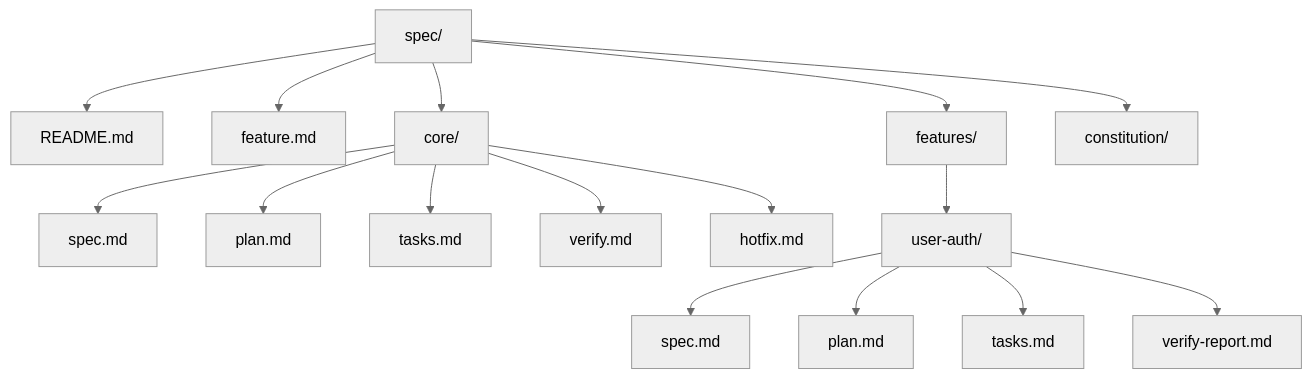
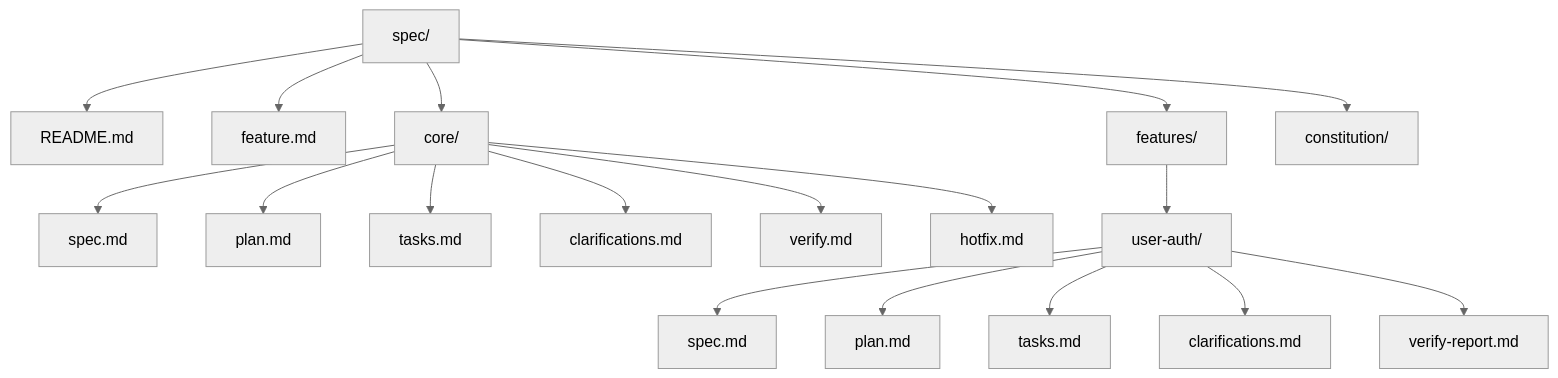
One commit to denisoed/spec-feature changed the first of 3 diagrams in README.md. Above: the diagram before and after it, drawn with Mermaid (neutral theme). The commit also changed other lines of this file and 11 other files, not shown here.

````diff
--- a/README.md
+++ b/README.md
@@ -41,20 +41,22 @@
 ```mermaid
 graph TD
-    A[spec/] --> B[README.md]
-    A --> C[feature.md]
-    A --> D[core/]
-    A --> E[features/]
-    A --> F[constitution/]
+    spec_root[spec/] --> readme[README.md]
+    spec_root --> feature_template[feature.md]
+    spec_root --> core_dir[core/]
+    spec_root --> features_dir[features/]
+    spec_root --> constitution_dir[constitution/]
     
-    D --> G[spec.md]
-    D --> H[plan.md]
-    D --> I[tasks.md]
-    D --> J[verify.md]
-    D --> K[hotfix.md]
+    core_dir --> core_spec[spec.md]
+    core_dir --> core_plan[plan.md]
+    core_dir --> core_tasks[tasks.md]
+    core_dir --> core_clarifications[clarifications.md]
+    core_dir --> core_verify[verify.md]
+    core_dir --> core_hotfix[hotfix.md]
     
-    E --> L[user-auth/]
-    L --> M[spec.md]
-    L --> N[plan.md]
-    L --> O[tasks.md]
-    L --> P[verify-report.md]
+    features_dir --> feat[user-auth/]
+    feat --> feat_spec[spec.md]
+    feat --> feat_plan[plan.md]
+    feat --> feat_tasks[tasks.md]
+    feat --> feat_clarifications[clarifications.md]
+    feat --> feat_verify[verify-report.md]
 ```
````
